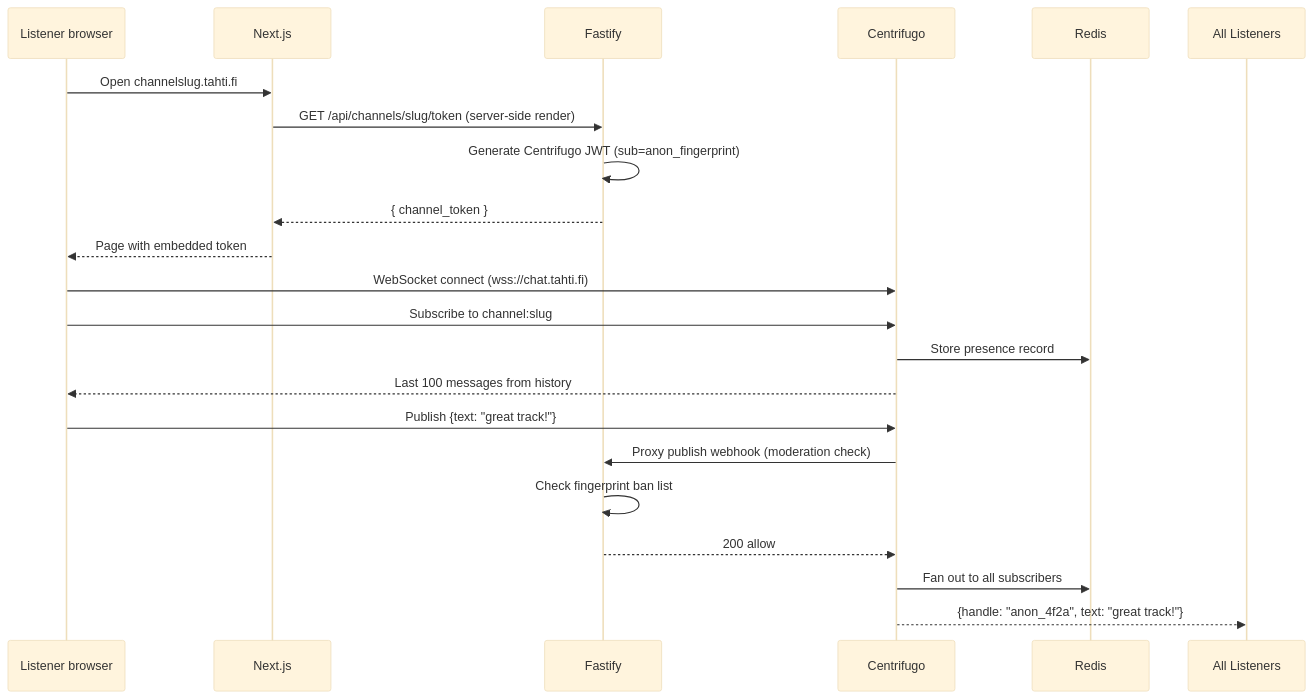
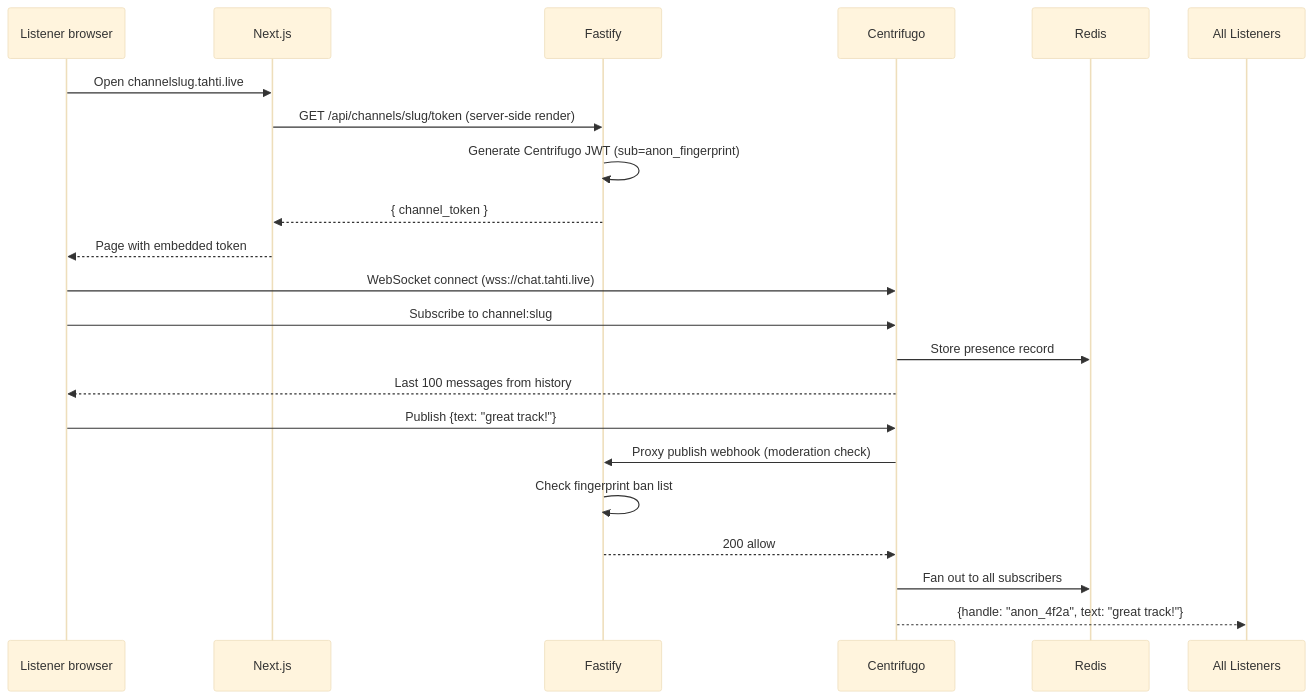
The fifth of 6 diagrams in docs/technical/phase-4.md (janiluuk/tahti-org), drawn with Mermaid (base theme) before and after one commit. The commit also changed other lines of this file and 148 other files, not shown here.

First line of the commit message:
feat(m10): member governance, chat polish, domain rename to tahti.live

````diff
--- a/docs/technical/phase-4.md
+++ b/docs/technical/phase-4.md
@@ -184,26 +184,26 @@
 ```mermaid
 sequenceDiagram
     participant L as Listener browser
     participant Web as Next.js
     participant API as Fastify
     participant CH as Centrifugo
     participant RD as Redis
 
-    L->>Web: Open channelslug.tahti.fi
+    L->>Web: Open channelslug.tahti.live
     Web->>API: GET /api/channels/slug/token (server-side render)
     API->>API: Generate Centrifugo JWT (sub=anon_fingerprint)
     API-->>Web: { channel_token }
     Web-->>L: Page with embedded token
 
-    L->>CH: WebSocket connect (wss://chat.tahti.fi)
+    L->>CH: WebSocket connect (wss://chat.tahti.live)
     L->>CH: Subscribe to channel:slug
     CH->>RD: Store presence record
     CH-->>L: Last 100 messages from history
 
     L->>CH: Publish {text: "great track!"}
     CH->>API: Proxy publish webhook (moderation check)
     API->>API: Check fingerprint ban list
     API-->>CH: 200 allow
     CH->>RD: Fan out to all subscribers
     CH-->>All Listeners: {handle: "anon_4f2a", text: "great track!"}
 ```
````
